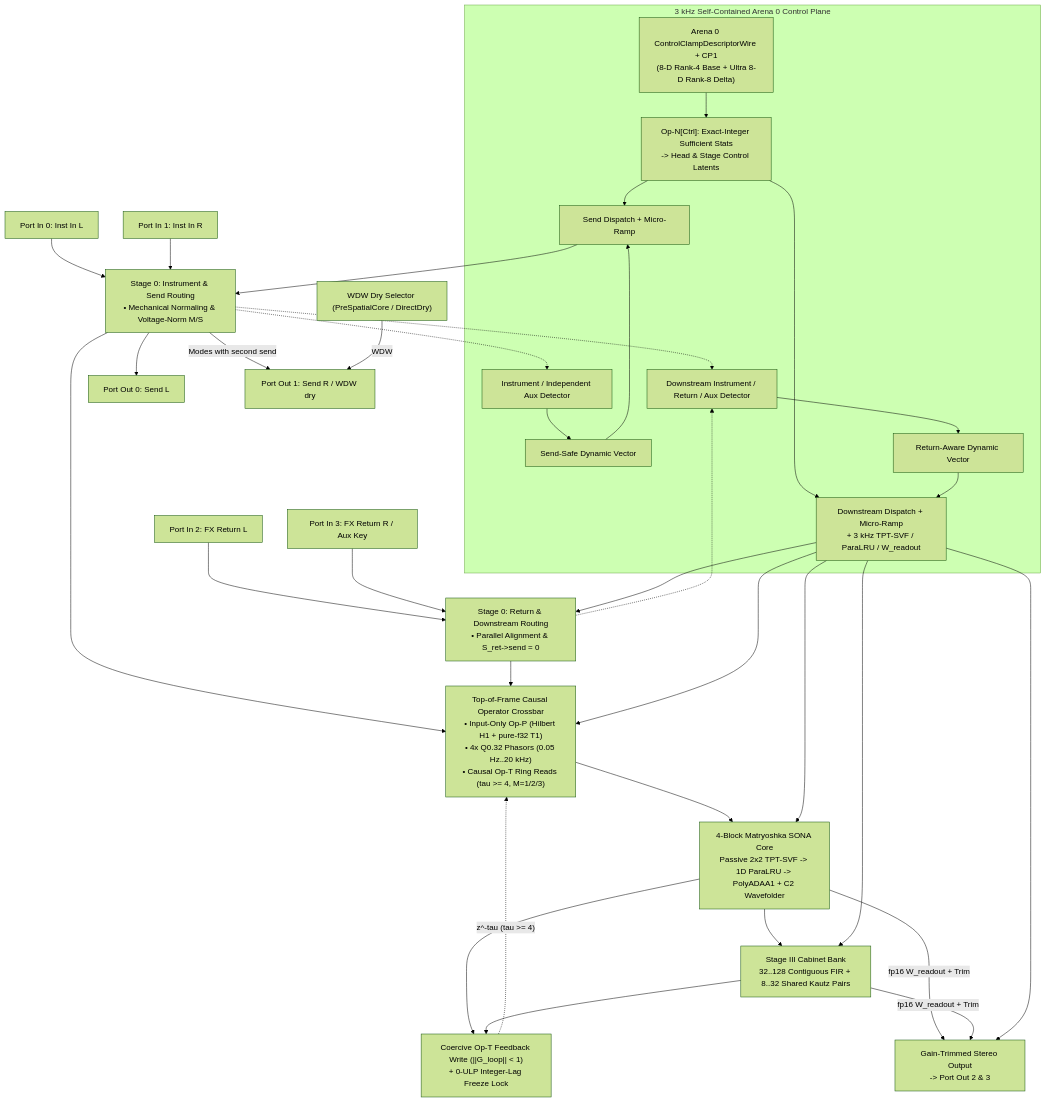
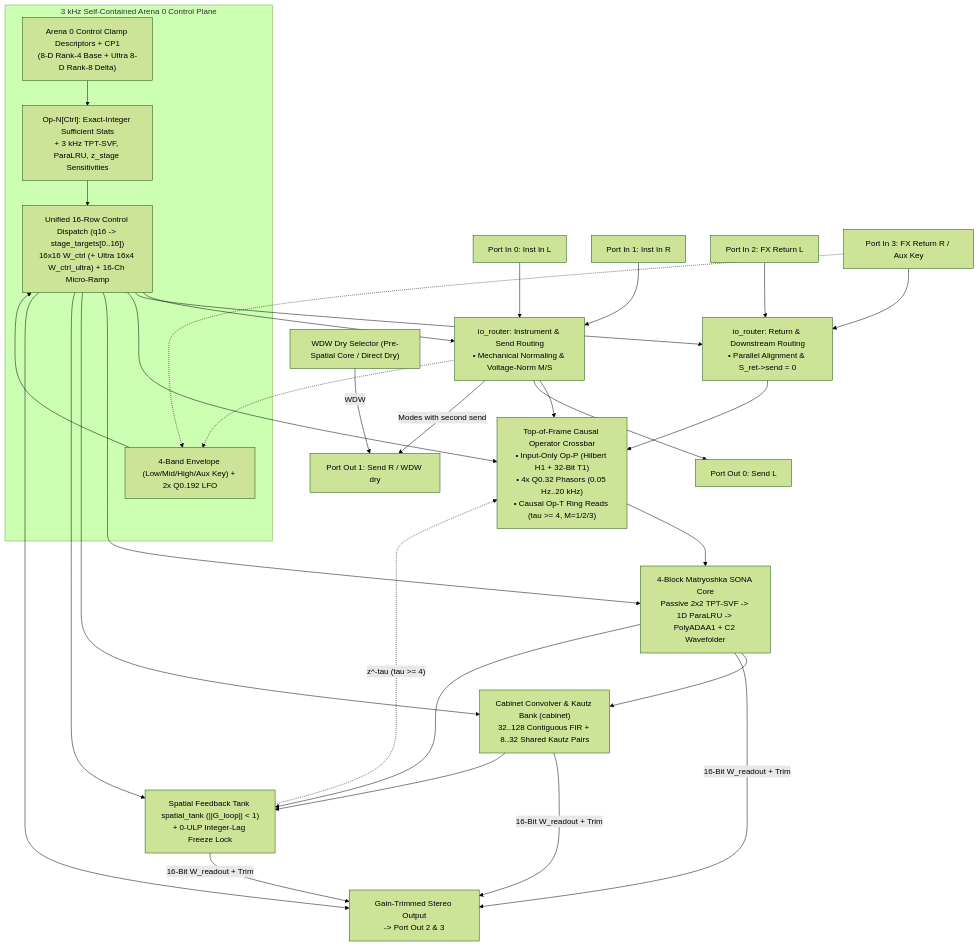
Before and after one commit to mokugen/dnam: the fourth of 7 diagrams in docs/specs/architecture/sona_architecture.md, drawn with Mermaid (forest theme). The commit also changed other lines of this file and 198 other files, not shown here.

````diff
--- a/docs/specs/architecture/sona_architecture.md
+++ b/docs/specs/architecture/sona_architecture.md
@@ -405,30 +486,26 @@
 ```mermaid
 flowchart TD
     subgraph ControlBusGroup ["3 kHz Self-Contained Arena 0 Control Plane"]
-        CtrlSrc["Arena 0 ControlClampDescriptorWire + CP1<br/>(8-D Rank-4 Base + Ultra 8-D Rank-8 Delta)"] --> OpN["Op-N[Ctrl]: Exact-Integer Sufficient Stats<br/>-> Head & Stage Control Latents"]
-        SendDetector["Instrument / Independent Aux Detector"] --> SendMod["Send-Safe Dynamic Vector"]
-        DownDetector["Downstream Instrument / Return / Aux Detector"] --> DownMod["Return-Aware Dynamic Vector"]
-        OpN & SendMod --> SendBus["Send Dispatch + Micro-Ramp"]
-        OpN & DownMod --> DownBus["Downstream Dispatch + Micro-Ramp<br/>+ 3 kHz TPT-SVF / ParaLRU / W_readout"]
+        CtrlSrc["Arena 0 Control Clamp Descriptors + CP1<br/>(8-D Rank-4 Base + Ultra 8-D Rank-8 Delta)"] --> OpN["Op-N[Ctrl]: Exact-Integer Sufficient Stats<br/>+ 3 kHz TPT-SVF, ParaLRU, z_stage Sensitivities"]
+        EnvLfo["4-Band Envelope (Low/Mid/High/Aux Key) + 2x Q0.192 LFO"] --> CtrlDispatch["Unified 16-Row Control Dispatch (q16 -> stage_targets[0..16])<br/>16x16 W_ctrl (+ Ultra 16x4 W_ctrl_ultra) + 16-Ch Micro-Ramp"]
+        OpN --> CtrlDispatch
     end
 
-    In0["Port In 0: Inst In L"] & In1["Port In 1: Inst In R"] --> PreRouter["Stage 0: Instrument & Send Routing<br/>• Mechanical Normaling & Voltage-Norm M/S"]
-    In2["Port In 2: FX Return L"] & In3["Port In 3: FX Return R / Aux Key"] --> DownRouter["Stage 0: Return & Downstream Routing<br/>• Parallel Alignment & S_ret->send = 0"]
-    PreRouter -.-> SendDetector
-    PreRouter & DownRouter -.-> DownDetector
+    In0["Port In 0: Inst In L"] & In1["Port In 1: Inst In R"] --> PreRouter["io_router: Instrument & Send Routing<br/>• Mechanical Normaling & Voltage-Norm M/S"]
+    In2["Port In 2: FX Return L"] & In3["Port In 3: FX Return R / Aux Key"] --> DownRouter["io_router: Return & Downstream Routing<br/>• Parallel Alignment & S_ret->send = 0"]
+    PreRouter & In3 -.-> EnvLfo
 
-    PreRouter --> Crossbar["Top-of-Frame Causal Operator Crossbar<br/>• Input-Only Op-P (Hilbert H1 + pure-f32 T1)<br/>• 4x Q0.32 Phasors (0.05 Hz..20 kHz)<br/>• Causal Op-T Ring Reads (tau >= 4, M=1/2/3)"]
+    PreRouter --> Crossbar["Top-of-Frame Causal Operator Crossbar<br/>• Input-Only Op-P (Hilbert H1 + 32-Bit T1)<br/>• 4x Q0.32 Phasors (0.05 Hz..20 kHz)<br/>• Causal Op-T Ring Reads (tau >= 4, M=1/2/3)"]
     PreRouter --> Out0["Port Out 0: Send L"]
     PreRouter -->|"Modes with second send"| Out1["Port Out 1: Send R / WDW dry"]
-    DryTap["WDW Dry Selector (PreSpatialCore / DirectDry)"] -->|"WDW"| Out1
+    DryTap["WDW Dry Selector (Pre-Spatial Core / Direct Dry)"] -->|"WDW"| Out1
     DownRouter --> Crossbar
 
     Crossbar --> SonaCore["4-Block Matryoshka SONA Core<br/>Passive 2x2 TPT-SVF -> 1D ParaLRU -> PolyADAA1 + C2 Wavefolder"]
-    SonaCore --> Stage3["Stage III Cabinet Bank<br/>32..128 Contiguous FIR + 8..32 Shared Kautz Pairs"]
-    SonaCore & Stage3 -->|"fp16 W_readout + Trim"| MixOut["Gain-Trimmed Stereo Output<br/>-> Port Out 2 & 3"]
-    SonaCore & Stage3 --> LoopFB["Coercive Op-T Feedback Write (||G_loop|| < 1)<br/>+ 0-ULP Integer-Lag Freeze Lock"]
+    SonaCore --> Cabinet["Cabinet Convolver & Kautz Bank (cabinet)<br/>32..128 Contiguous FIR + 8..32 Shared Kautz Pairs"]
+    SonaCore & Cabinet & LoopFB -->|"16-Bit W_readout + Trim"| MixOut["Gain-Trimmed Stereo Output<br/>-> Port Out 2 & 3"]
+    SonaCore & Cabinet --> LoopFB["Spatial Feedback Tank spatial_tank (||G_loop|| < 1)<br/>+ 0-ULP Integer-Lag Freeze Lock"]
     LoopFB -. "z^-tau (tau >= 4)" .-> Crossbar
 
-    DownBus --> DownRouter & Crossbar & SonaCore & Stage3 & MixOut
-    SendBus --> PreRouter
+    CtrlDispatch --> PreRouter & DownRouter & Crossbar & SonaCore & Cabinet & LoopFB & MixOut
 ```
````
